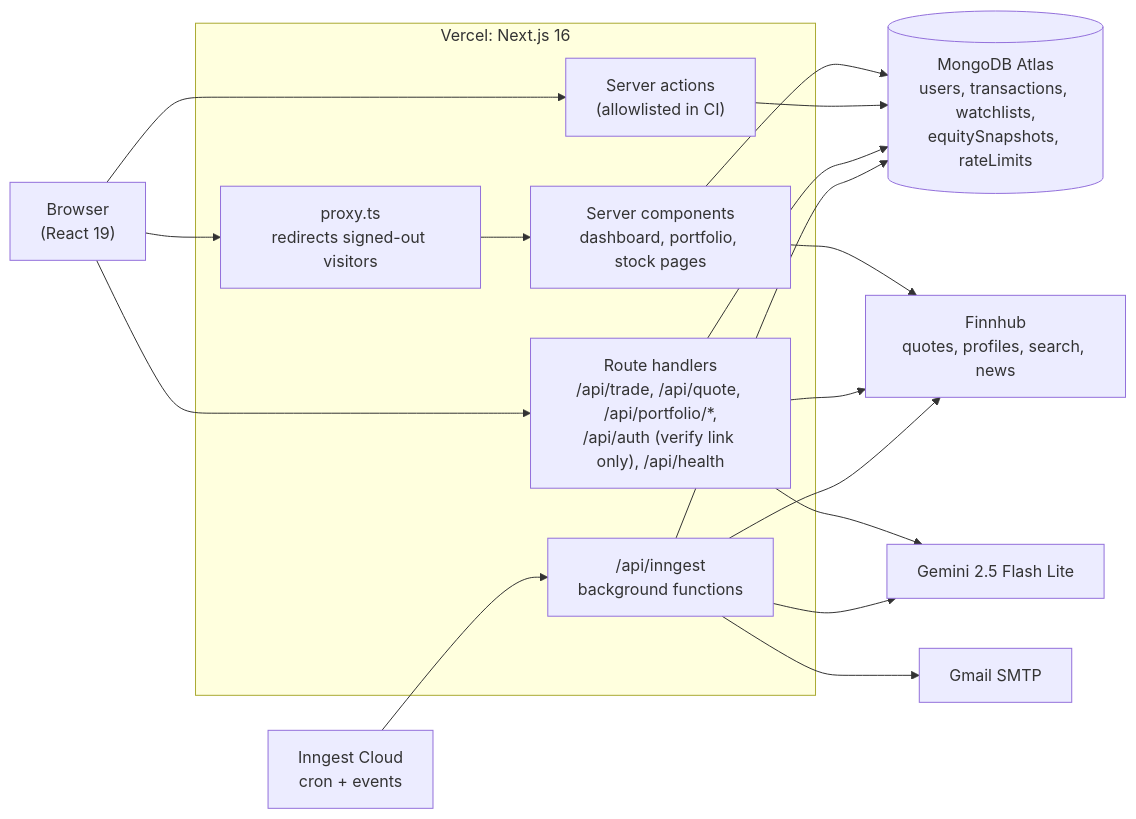
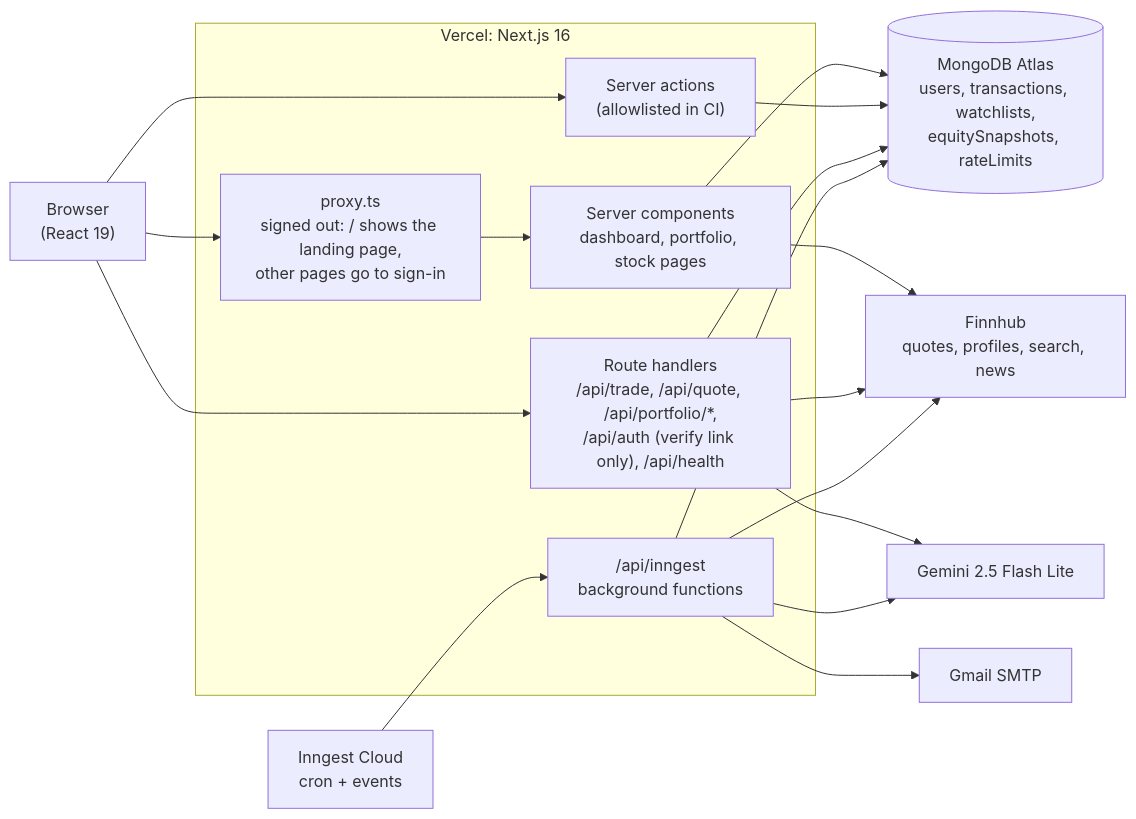
One commit to Aditya-Khetawat/StockLens-Stock-Tracker-App changed the first of 2 diagrams in docs/architecture.md. Above: the diagram before and after it, drawn with Mermaid. The commit also changed other lines of this file and 1 other file, not shown here.

Commit message:
Send baseline security headers

````diff
--- a/docs/architecture.md
+++ b/docs/architecture.md
@@ -7,33 +7,33 @@
 ```mermaid
 flowchart LR
   Browser["Browser<br/>(React 19)"]
 
   subgraph Vercel["Vercel: Next.js 16"]
-    Proxy["proxy.ts<br/>redirects signed-out visitors"]
+    Proxy["proxy.ts<br/>signed out: / shows the landing page,<br/>other pages go to sign-in"]
     Pages["Server components<br/>dashboard, portfolio, stock pages"]
     Actions["Server actions<br/>(allowlisted in CI)"]
     Routes["Route handlers<br/>/api/trade, /api/quote, /api/portfolio/*,<br/>/api/auth (verify link only), /api/health"]
     Inngest["/api/inngest<br/>background functions"]
   end
 
   Mongo[("MongoDB Atlas<br/>users, transactions, watchlists,<br/>equitySnapshots, rateLimits")]
   Finnhub["Finnhub<br/>quotes, profiles, search, news"]
   Gemini["Gemini 2.5 Flash Lite"]
   SMTP["Gmail SMTP"]
   InngestCloud["Inngest Cloud<br/>cron + events"]
 
   Browser --> Proxy --> Pages
   Browser --> Actions
   Browser --> Routes
   Pages --> Mongo
   Pages --> Finnhub
   Actions --> Mongo
   Routes --> Mongo
   Routes --> Finnhub
   Routes --> Gemini
   InngestCloud --> Inngest
   Inngest --> Mongo
   Inngest --> Finnhub
   Inngest --> Gemini
   Inngest --> SMTP
 ```
````
